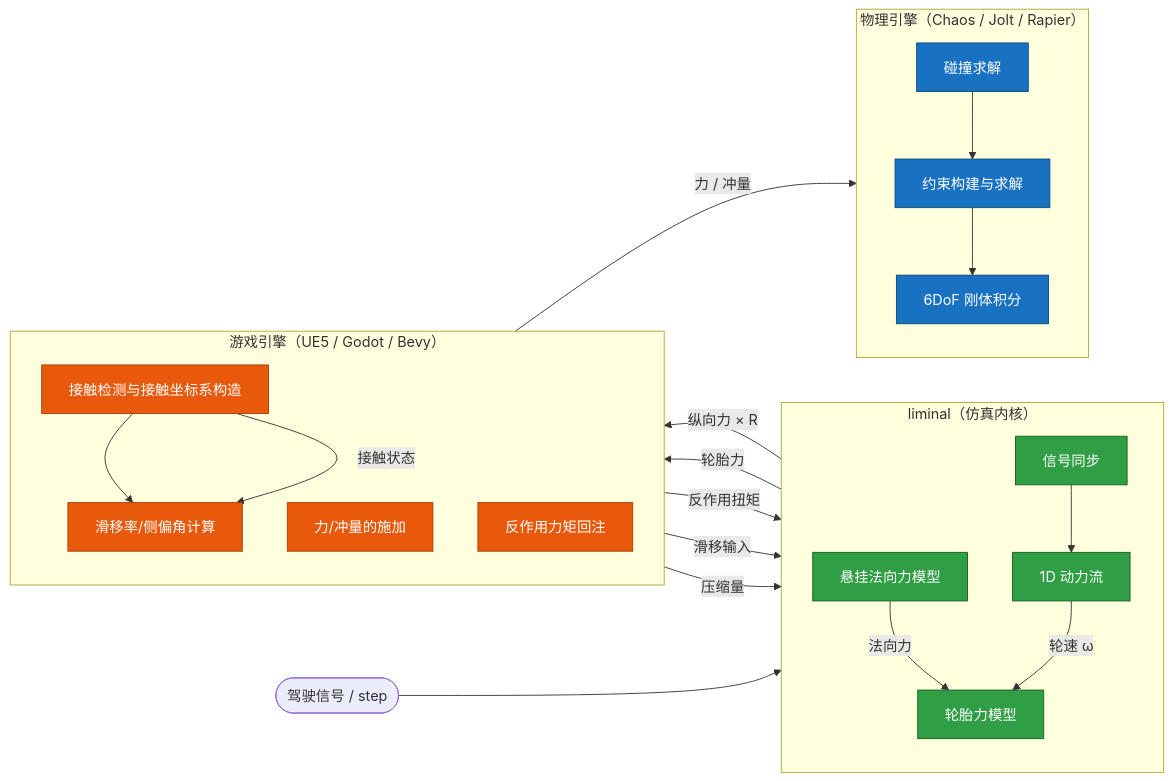
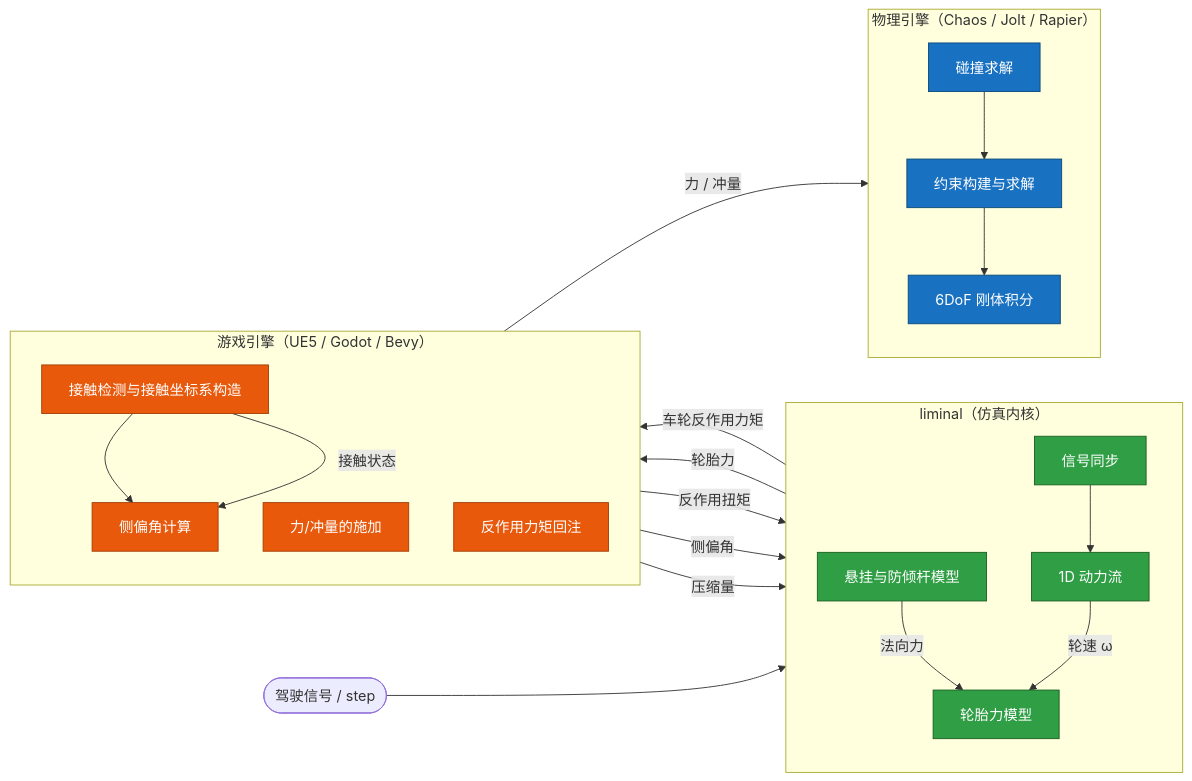
Before and after one commit to TrifingZW/liminal: the diagram in README.md, drawn with Mermaid. The commit also changed other lines of this file and 10 other files, not shown here.

````diff
--- a/README.md
+++ b/README.md
@@ -86,43 +88,43 @@
 ```mermaid
 flowchart LR
     subgraph LIMINAL["liminal（仿真内核）"]
         direction TB
         P["信号同步"]
         R["1D 动力流"]
-        S["悬挂法向力模型"]
+        S["悬挂与防倾杆模型"]
         T["轮胎力模型"]
         P --> R
     end
     subgraph GAME["游戏引擎（UE5 / Godot / Bevy）"]
         direction TB
         C["接触检测与接触坐标系构造"]
-        L["滑移率/侧偏角计算"]
+        L["侧偏角计算"]
         F["力/冲量的施加"]
         B["反作用力矩回注"]
         C --> L
     end
     subgraph PHYS["物理引擎（Chaos / Jolt / Rapier）"]
         direction TB
         J["碰撞求解"]
         K["约束构建与求解"]
         I["6DoF 刚体积分"]
         J --> K
         K --> I
     end
     IN(["驾驶信号 / step"]) --> P
     C -->|"压缩量"| S
     C -->|"接触状态"| L
     S -->|"法向力"| T
-    L -->|"滑移输入"| T
+    L -->|"侧偏角"| T
     T -->|"轮胎力"| F
-    T -->|"纵向力 × R"| B
+    T -->|"车轮反作用力矩"| B
     F -->|"力 / 冲量"| K
     B -->|"反作用扭矩"| R
     R -->|"轮速 ω"| T
     classDef core fill:#2f9e44,stroke:#1b5e20,color:#ffffff;
     classDef game fill:#e8590c,stroke:#a33d05,color:#ffffff;
     classDef phys fill:#1971c2,stroke:#0b4a7a,color:#ffffff;
     class P,R,S,T core;
     class C,L,F,B game;
     class J,K,I phys;
 ```
````
